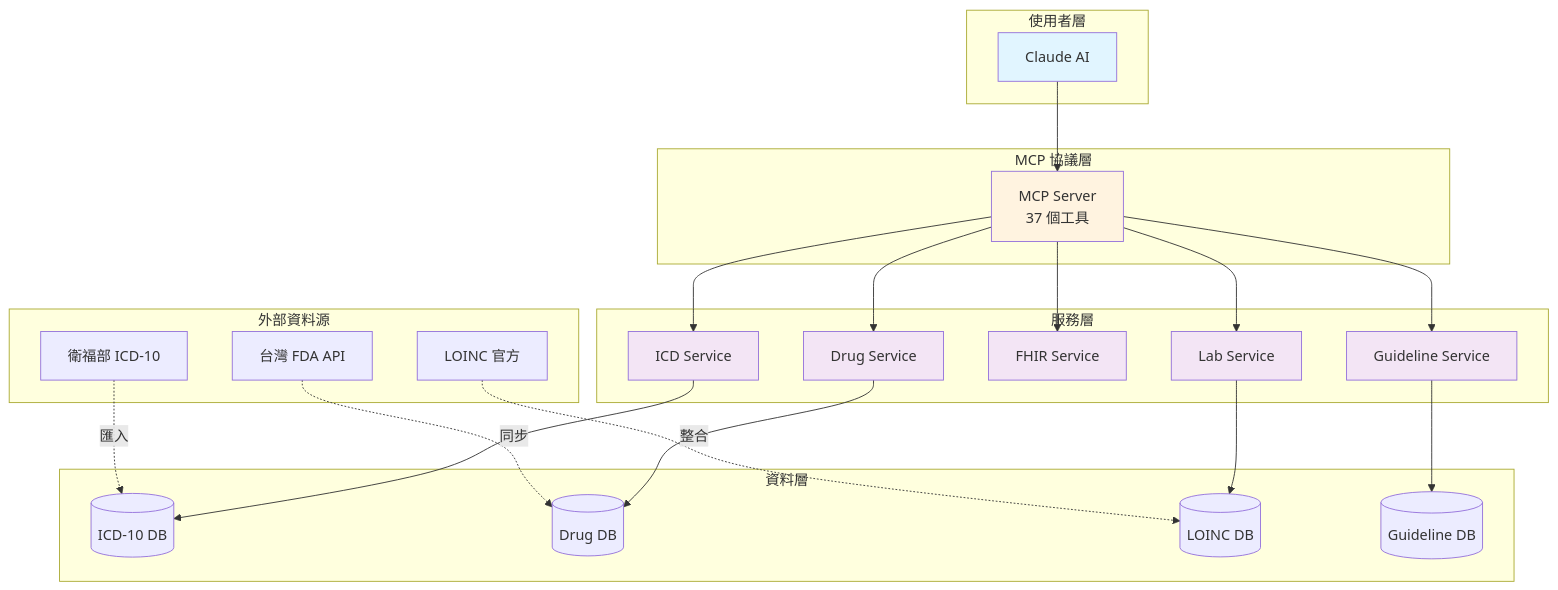
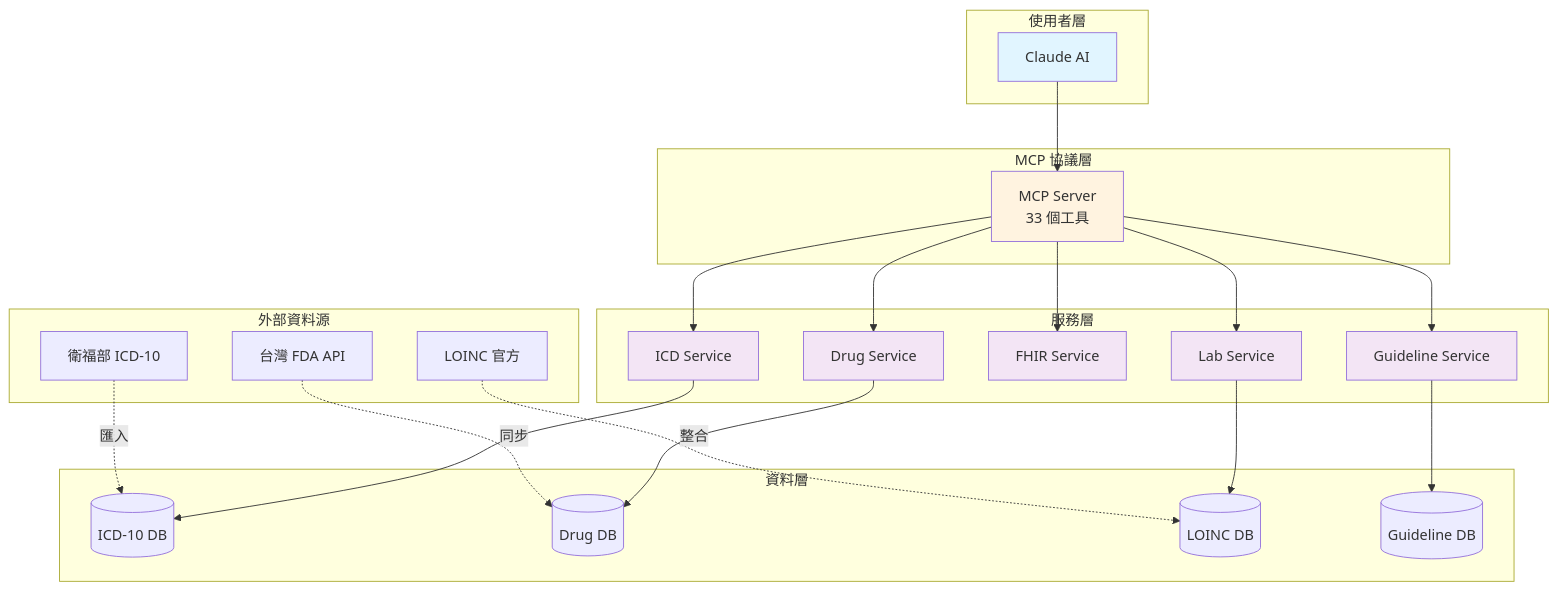
Before and after one commit to healthymind-tech/Taiwan-Health-MCP: the diagram in docs/index.md, drawn with Mermaid. The commit also changed other lines of this file and 19 other files, not shown here.

````diff
--- a/docs/index.md
+++ b/docs/index.md
@@ -109,55 +109,55 @@
 ```mermaid
 graph TB
     subgraph "使用者層"
         A[Claude AI]
     end
 
     subgraph "MCP 協議層"
-        B[MCP Server<br/>37 個工具]
+        B[MCP Server<br/>33 個工具]
     end
 
     subgraph "服務層"
         C1[ICD Service]
         C2[Drug Service]
         C3[FHIR Service]
         C4[Lab Service]
         C5[Guideline Service]
     end
 
     subgraph "資料層"
         D1[(ICD-10 DB)]
         D2[(Drug DB)]
         D3[(LOINC DB)]
         D4[(Guideline DB)]
     end
 
     subgraph "外部資料源"
         E1[台灣 FDA API]
         E2[LOINC 官方]
         E3[衛福部 ICD-10]
     end
 
     A --> B
     B --> C1
     B --> C2
     B --> C3
     B --> C4
     B --> C5
 
     C1 --> D1
     C2 --> D2
     C4 --> D3
     C5 --> D4
 
     E1 -.->|同步| D2
     E2 -.->|整合| D3
     E3 -.->|匯入| D1
 
     style A fill:#e1f5ff
     style B fill:#fff3e0
     style C1 fill:#f3e5f5
     style C2 fill:#f3e5f5
     style C3 fill:#f3e5f5
     style C4 fill:#f3e5f5
     style C5 fill:#f3e5f5
 ```
````
